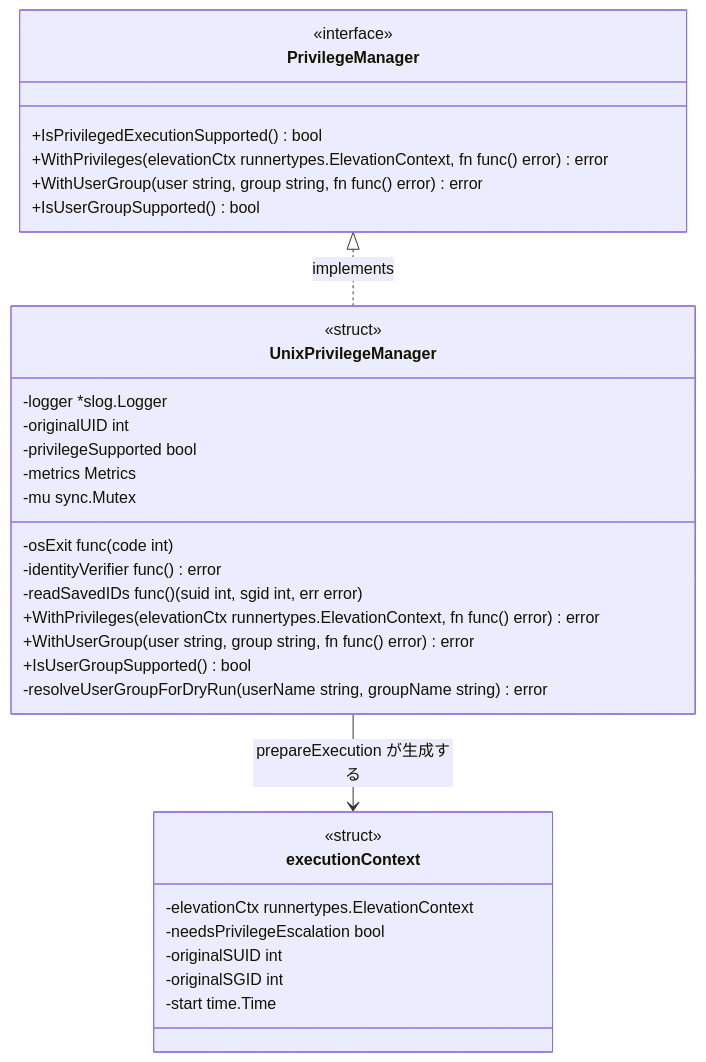
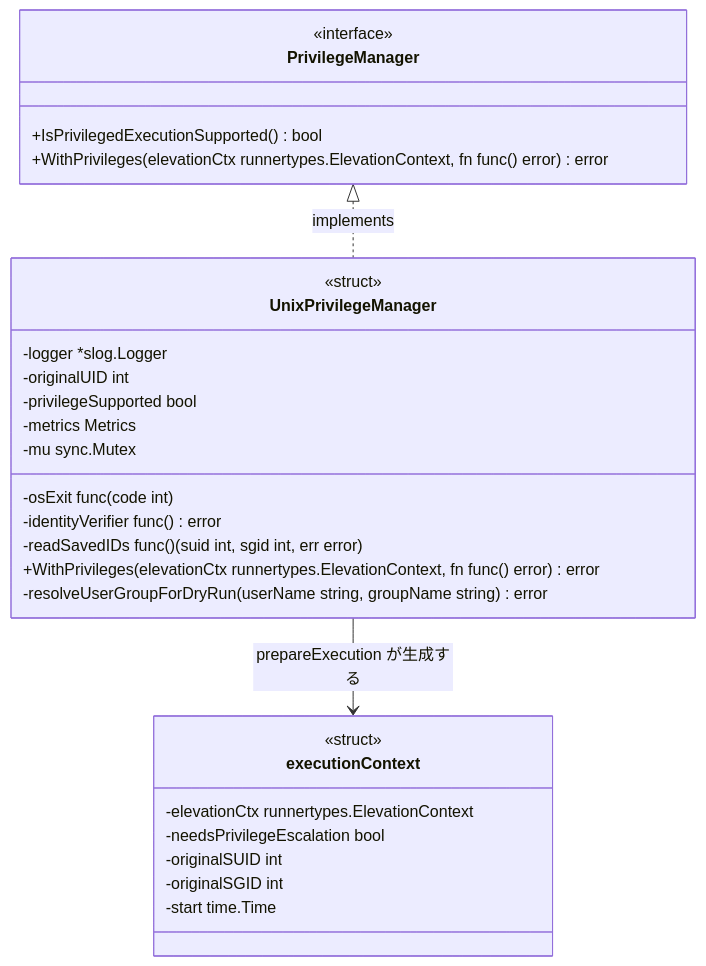
One commit to isseis/go-safe-cmd-runner changed the sixth of 11 diagrams in docs/tasks/0157_dead_code_naming_cleanup/02_architecture.md. Above: the diagram before and after it, drawn with Mermaid. The commit also changed other lines of this file and 1 other file, not shown here.

First line of the commit message:
docs(0157): delete WithUserGroup/IsUserGroupSupported instead of documenting them

````diff
--- a/docs/tasks/0157_dead_code_naming_cleanup/02_architecture.md
+++ b/docs/tasks/0157_dead_code_naming_cleanup/02_architecture.md
@@ -483,38 +503,34 @@
 ```mermaid
 classDiagram
     class PrivilegeManager {
         <<interface>>
         +IsPrivilegedExecutionSupported() bool
         +WithPrivileges(elevationCtx runnertypes.ElevationContext, fn func() error) error
-        +WithUserGroup(user string, group string, fn func() error) error
-        +IsUserGroupSupported() bool
     }
 
     class UnixPrivilegeManager {
         <<struct>>
         -logger *slog.Logger
         -originalUID int
         -privilegeSupported bool
         -metrics Metrics
         -mu sync.Mutex
         -osExit func(code int)
         -identityVerifier func() error
         -readSavedIDs func() (suid int, sgid int, err error)
         +WithPrivileges(elevationCtx runnertypes.ElevationContext, fn func() error) error
-        +WithUserGroup(user string, group string, fn func() error) error
-        +IsUserGroupSupported() bool
         -resolveUserGroupForDryRun(userName string, groupName string) error
     }
 
     class executionContext {
         <<struct>>
         -elevationCtx runnertypes.ElevationContext
         -needsPrivilegeEscalation bool
         -originalSUID int
         -originalSGID int
         -start time.Time
     }
 
     PrivilegeManager <|.. UnixPrivilegeManager : implements
     UnixPrivilegeManager --> executionContext : prepareExecution が生成する
 ```
````
